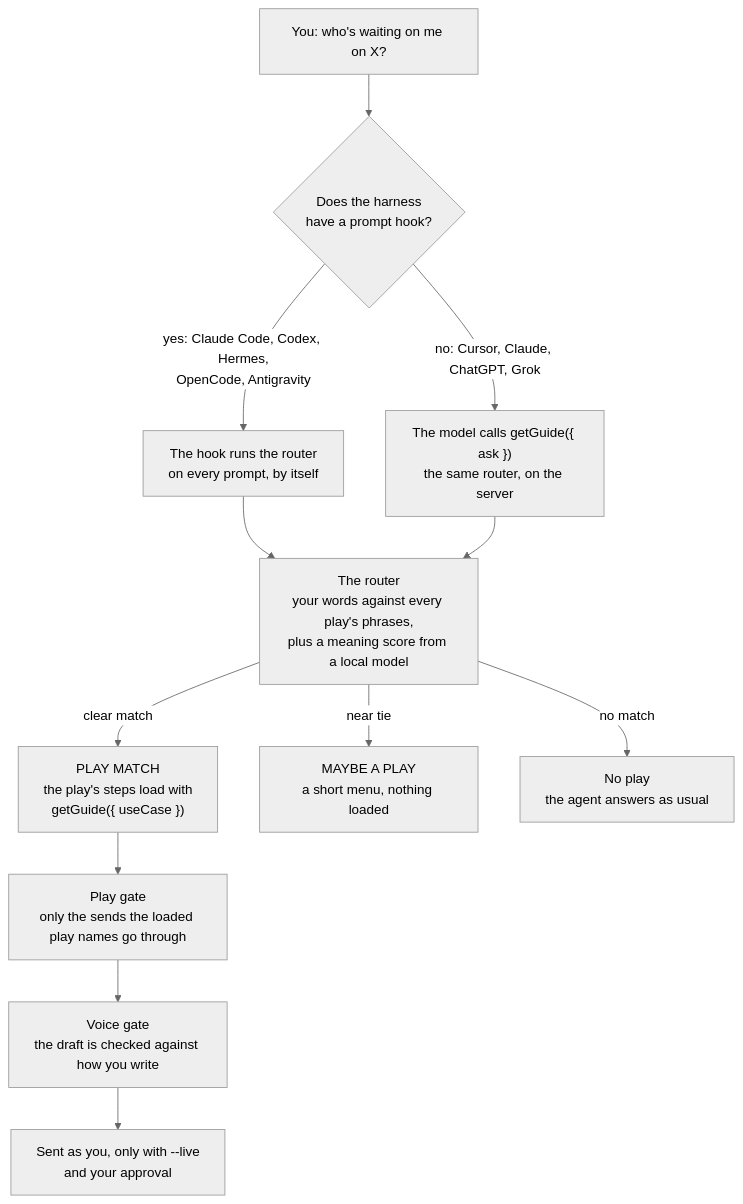
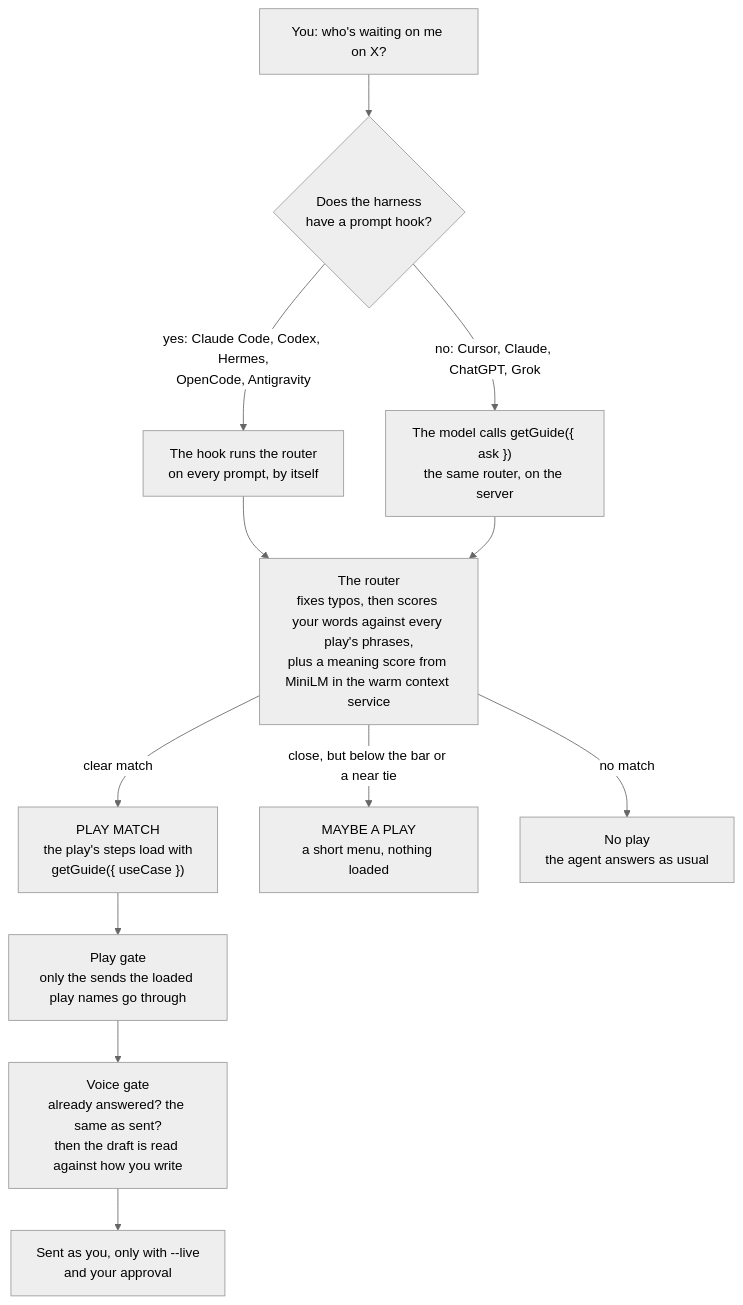
One commit to zqf20096327/ai_collect changed the third of 7 diagrams in data/readmes/matthewdonsemail-lab__log.md. Above: the diagram before and after it, drawn with Mermaid (neutral theme). The commit also changed other lines of this file and 1765 other files, not shown here.

````diff
--- a/data/readmes/matthewdonsemail-lab__log.md
+++ b/data/readmes/matthewdonsemail-lab__log.md
@@ -286,13 +302,13 @@
 ```mermaid
 flowchart TD
   ASK["You: who's waiting on me on X?"] --> HOOK{"Does the harness<br/>have a prompt hook?"}
   HOOK -- "yes: Claude Code, Codex, Hermes,<br/>OpenCode, Antigravity" --> H["The hook runs the router<br/>on every prompt, by itself"]
   HOOK -- "no: Cursor, Claude, ChatGPT, Grok" --> G["The model calls getGuide({ ask })<br/>the same router, on the server"]
-  H & G --> R["The router<br/>your words against every play's phrases,<br/>plus a meaning score from a local model"]
+  H & G --> R["The router<br/>fixes typos, then scores your words against every play's phrases,<br/>plus a meaning score from MiniLM in the warm context service"]
   R -- "clear match" --> M["PLAY MATCH<br/>the play's steps load with<br/>getGuide({ useCase })"]
-  R -- "near tie" --> T["MAYBE A PLAY<br/>a short menu, nothing loaded"]
+  R -- "close, but below the bar or a near tie" --> T["MAYBE A PLAY<br/>a short menu, nothing loaded"]
   R -- "no match" --> N["No play<br/>the agent answers as usual"]
   M --> PG["Play gate<br/>only the sends the loaded play names go through"]
-  PG --> VG["Voice gate<br/>the draft is checked against how you write"]
+  PG --> VG["Voice gate<br/>already answered? the same as sent?<br/>then the draft is read against how you write"]
   VG --> LIVE["Sent as you, only with --live<br/>and your approval"]
 ```
````
